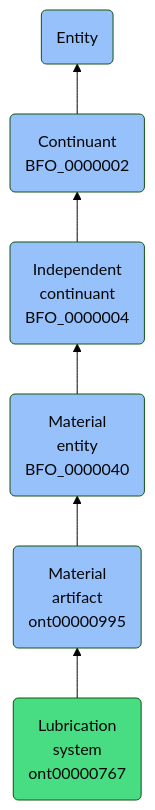
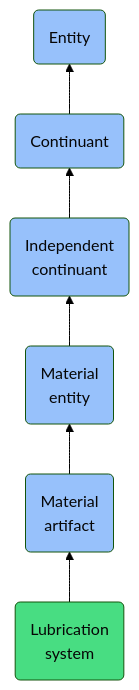
One commit to jupyter-naas/abi changed the diagram in docs/ontology/reference/model/Entity/Continuant/Independent continuant/Material entity/Material artifact/Lubrication system/Lubrication system.md. Above: the diagram before and after it, drawn with Mermaid (forest theme). The commit also changed other lines of this file and 1430 other files, not shown here.

````diff
--- a/docs/ontology/reference/model/Entity/Continuant/Independent continuant/Material entity/Material artifact/Lubrication system/Lubrication system.md
+++ b/docs/ontology/reference/model/Entity/Continuant/Independent continuant/Material entity/Material artifact/Lubrication system/Lubrication system.md
@@ -24,13 +24,13 @@
 ```mermaid
 graph BT
-    ont00000767(Lubrication<br>system<br>ont00000767):::ABI-->ont00000995
-    ont00000995(Material<br>artifact<br>ont00000995):::BFO-->BFO_0000040
-    BFO_0000040(Material<br>entity<br>BFO_0000040):::BFO-->BFO_0000004
-    BFO_0000004(Independent<br>continuant<br>BFO_0000004):::BFO-->BFO_0000002
-    BFO_0000002(Continuant<br>BFO_0000002):::BFO-->BFO_0000001
+    ont00000767(Lubrication<br>system):::ABI-->ont00000995
+    ont00000995(Material<br>artifact):::BFO-->BFO_0000040
+    BFO_0000040(Material<br>entity):::BFO-->BFO_0000004
+    BFO_0000004(Independent<br>continuant):::BFO-->BFO_0000002
+    BFO_0000002(Continuant):::BFO-->BFO_0000001
     BFO_0000001(Entity):::BFO
     
     classDef BFO fill:#97c1fb,color:#060606
     classDef CCO fill:#e4c51e,color:#060606
     classDef ABI fill:#48DD82,color:#060606
 ```
````
